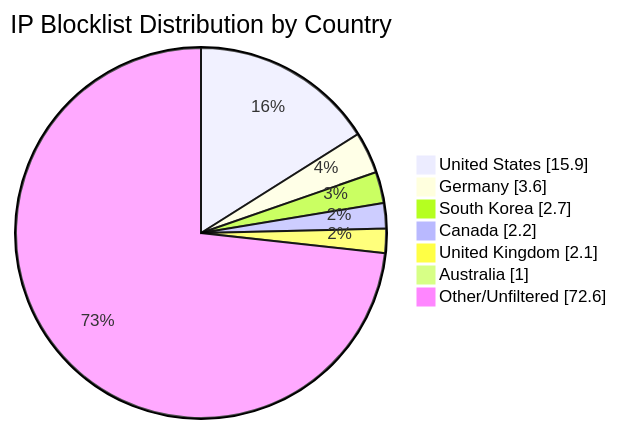
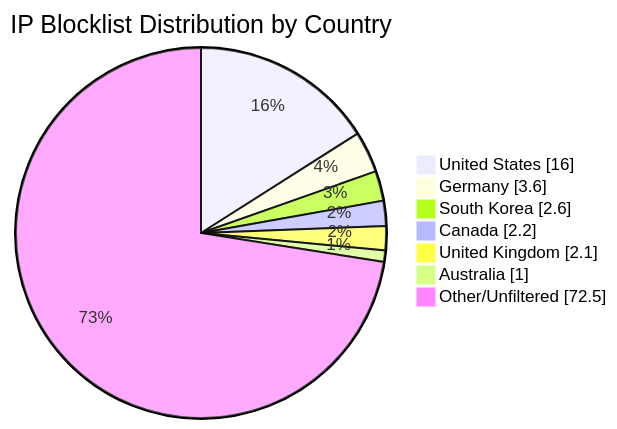
The diagram in README.md (MarcusHoltz/ipblocklist-geofiltered-aggregator), drawn with Mermaid before and after one commit. The commit also changed other lines of this file and 9 other files, not shown here.

````diff
--- a/README.md
+++ b/README.md
@@ -34,10 +34,10 @@
 ```mermaid
 pie showData title IP Blocklist Distribution by Country
-"United States" : 15.9
+"United States" : 16.0
 "Germany" : 3.6
-"South Korea" : 2.7
+"South Korea" : 2.6
 "Canada" : 2.2
 "United Kingdom" : 2.1
 "Australia" : 1.0
-"Other/Unfiltered" : 72.6
+"Other/Unfiltered" : 72.5
 ```
````
